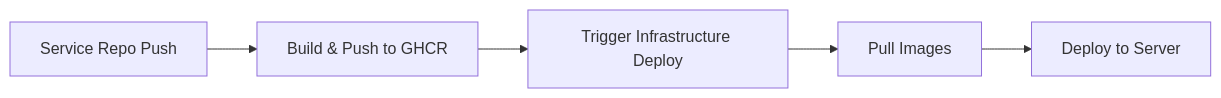
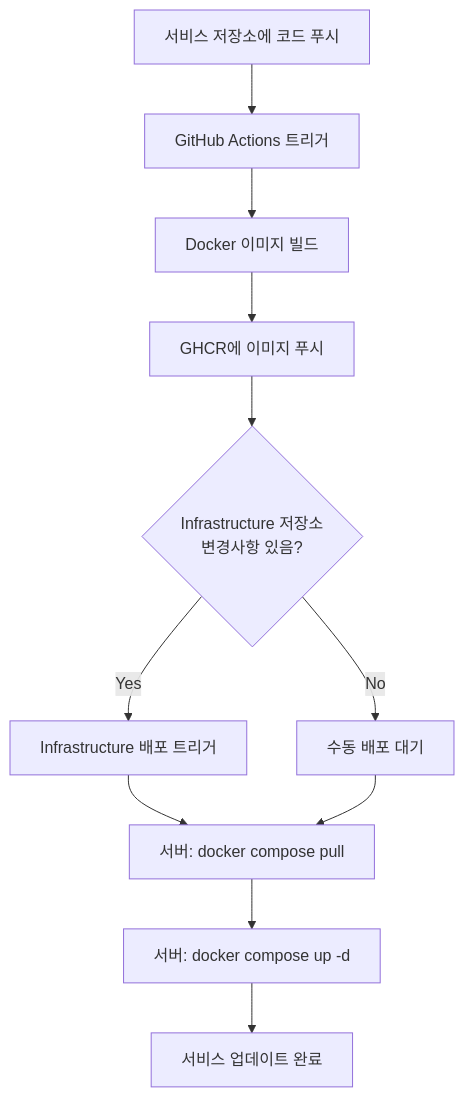
Before and after one commit to zerone6/indexpage: the diagram in README.md, drawn with Mermaid. The commit also changed other lines of this file and 7 other files, not shown here.

````diff
--- a/README.md
+++ b/README.md
@@ -60,7 +76,13 @@
 ```mermaid
-graph LR
-    A[Service Repo Push] --> B[Build & Push to GHCR]
-    B --> C[Trigger Infrastructure Deploy]
-    C --> D[Pull Images]
-    D --> E[Deploy to Server]
+graph TB
+    A[서비스 저장소에 코드 푸시] --> B[GitHub Actions 트리거]
+    B --> C[Docker 이미지 빌드]
+    C --> D[GHCR에 이미지 푸시]
+    D --> E{Infrastructure 저장소<br/>변경사항 있음?}
+    E -->|Yes| F[Infrastructure 배포 트리거]
+    E -->|No| G[수동 배포 대기]
+    F --> H[서버: docker compose pull]
+    G --> H
+    H --> I[서버: docker compose up -d]
+    I --> J[서비스 업데이트 완료]
 ```
````
